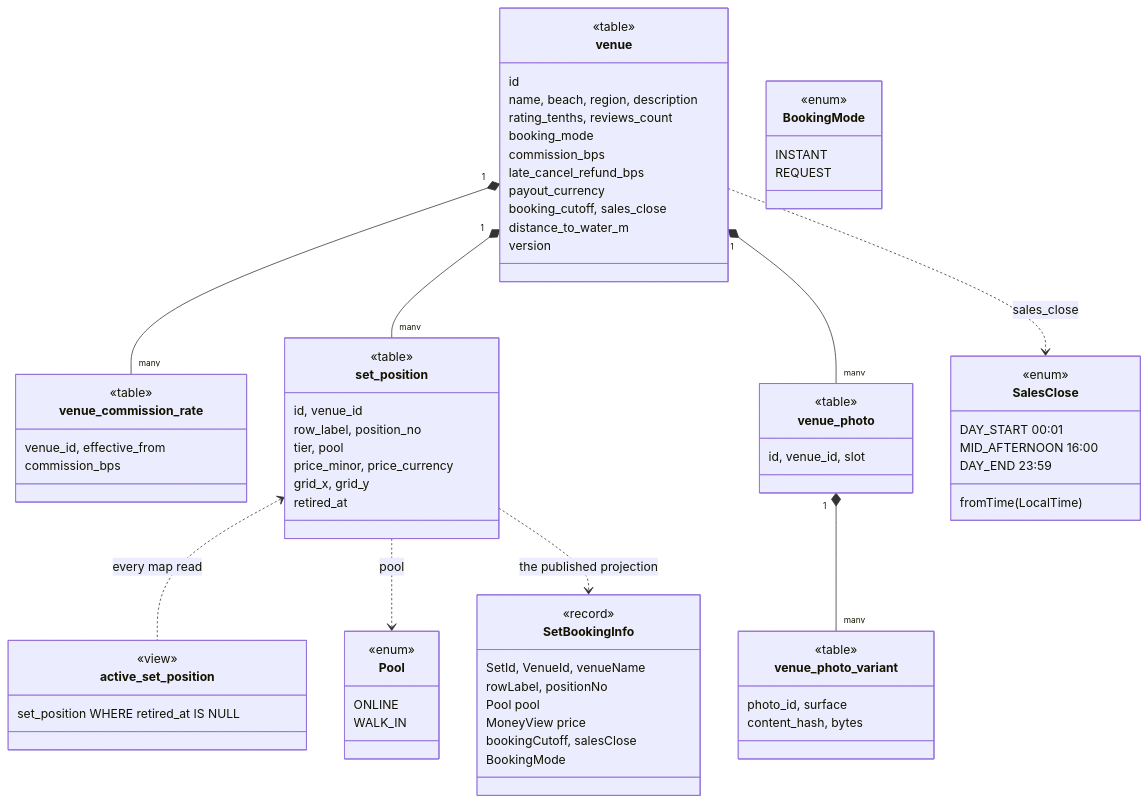
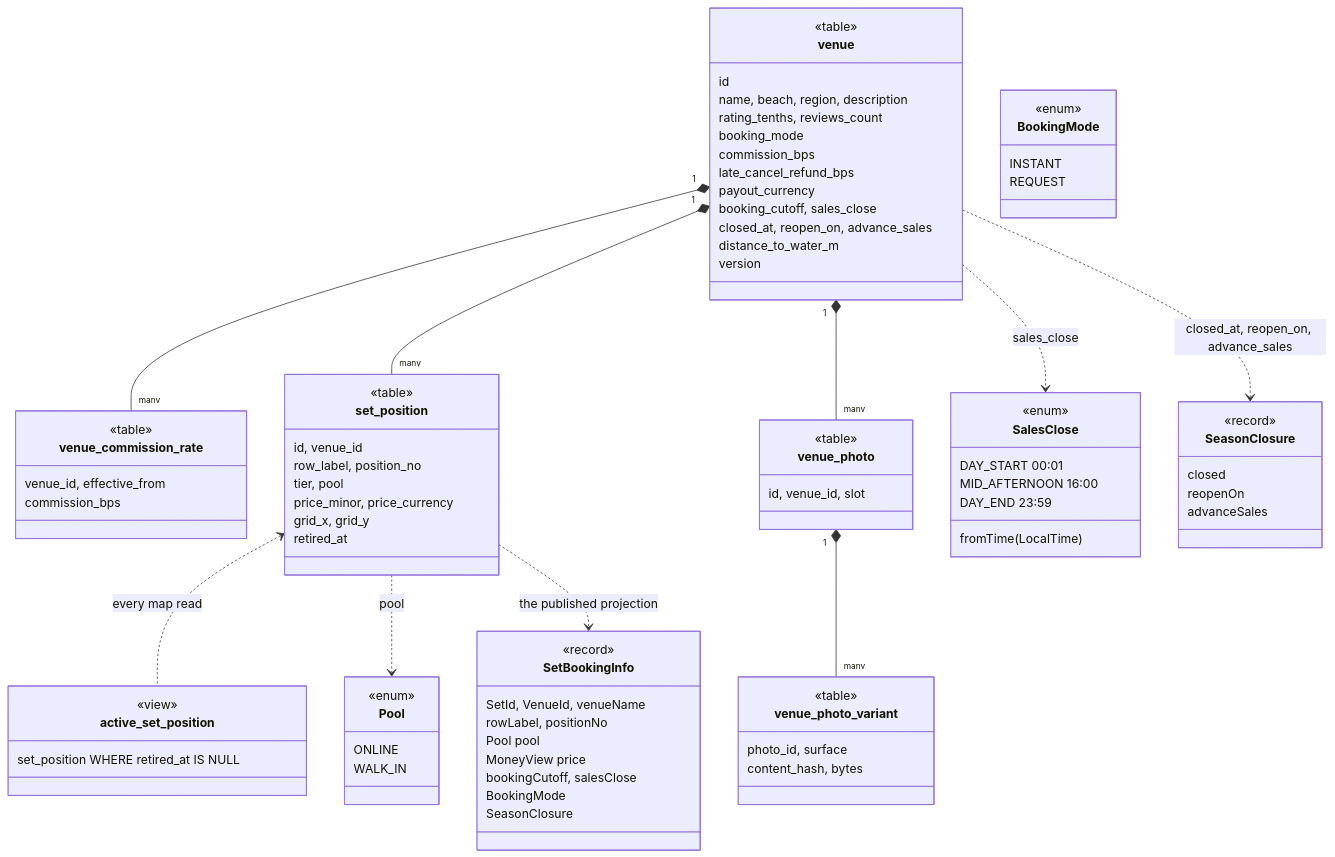
One commit to ivopogace/riviera-sunbed-booking changed the third of 15 diagrams in docs/architecture/domain-model.md. Above: the diagram before and after it, drawn with Mermaid. The commit also changed 93 other files, not shown here.

First line of the commit message:
Closed for season: own close/reopen endpoint with counts, the closure inside the sales-open projection, the Discover badge and the reserve fence (#1028) (#1049)

````diff
--- a/docs/architecture/domain-model.md
+++ b/docs/architecture/domain-model.md
@@ -187,6 +187,7 @@
         late_cancel_refund_bps
         payout_currency
         booking_cutoff, sales_close
+        closed_at, reopen_on, advance_sales
         distance_to_water_m
         version
     }
@@ -232,6 +233,13 @@
         MoneyView price
         bookingCutoff, salesClose
         BookingMode
+        SeasonClosure
+    }
+    class SeasonClosure {
+        <<record>>
+        closed
+        reopenOn
+        advanceSales
     }
     class Pool {
         <<enum>>
@@ -249,6 +257,7 @@
     venue "1" *-- "many" venue_photo
     venue_photo "1" *-- "many" venue_photo_variant
     venue ..> SalesClose : sales_close
+    venue ..> SeasonClosure : closed_at, reopen_on, advance_sales
     set_position ..> Pool : pool
     set_position ..> SetBookingInfo : the published projection
 ```
````
